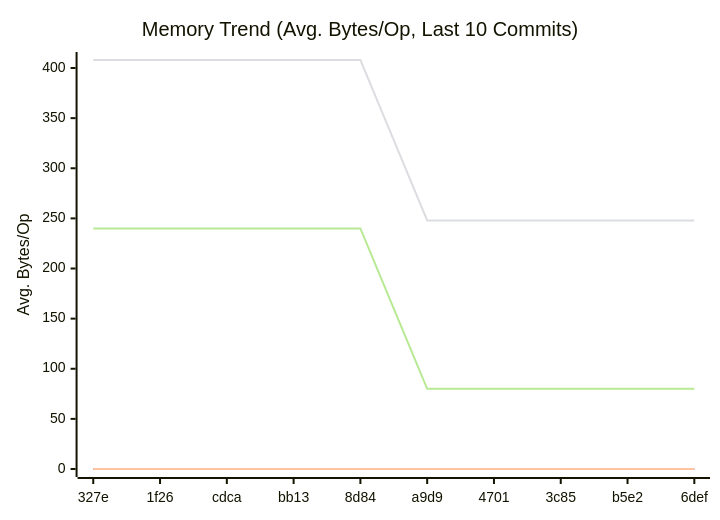
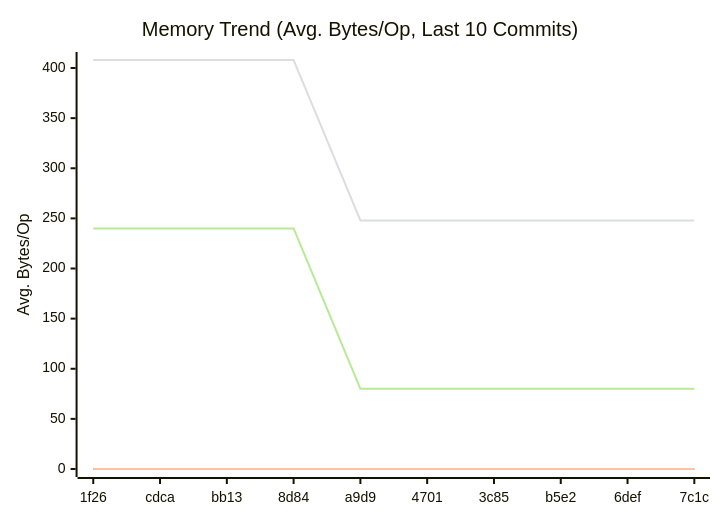
The second of 3 diagrams in doc/README.md (alsotoes/momo), drawn with Mermaid before and after one commit. The commit also changed other lines of this file and 1 other file, not shown here.

````diff
--- a/doc/README.md
+++ b/doc/README.md
@@ -303,12 +303,12 @@
 ```mermaid
 xychart-beta
     title "Memory Trend (Avg. Bytes/Op, Last 10 Commits)"
     x-axis "Commit"
     y-axis "Avg. Bytes/Op"
-    x-axis [327e,1f26,cdca,bb13,8d84,a9d9,4701,3c85,b5e2,6def]
+    x-axis [1f26,cdca,bb13,8d84,a9d9,4701,3c85,b5e2,6def,7c1c]
     line "CheckMetricsAndSwap" [0,0,0,0,0,0,0,0,0,0]
     line "IndexDirectTracking" [0,0,0,0,0,0,0,0,0,0]
     line "IndexSearch" [0,0,0,0,0,0,0,0,0,0]
-    line "ParseReplicationOrder_NoPrealloc" [408,408,408,408,408,248,248,248,248,248]
-    line "ParseReplicationOrder_Prealloc" [240,240,240,240,240,80,80,80,80,80]
+    line "ParseReplicationOrder_NoPrealloc" [408,408,408,408,248,248,248,248,248,248]
+    line "ParseReplicationOrder_Prealloc" [240,240,240,240,80,80,80,80,80,80]
 ```
````
